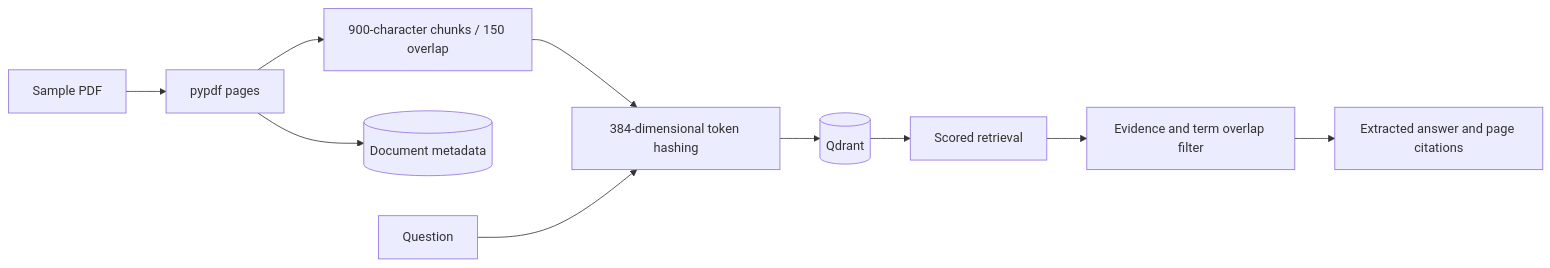
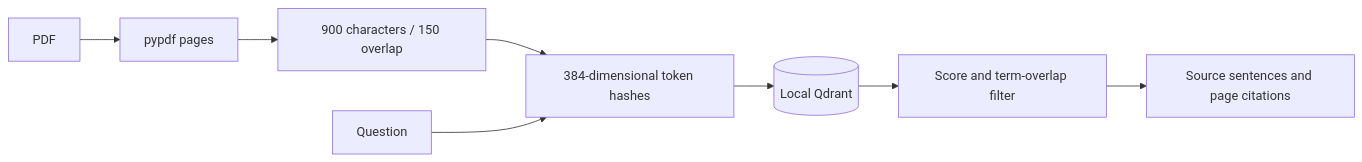
One commit to faizansahi/rag-document-assistant changed the diagram in README.md. Above: the diagram before and after it, drawn with Mermaid. The commit also changed other lines of this file and 15 other files, not shown here.

````diff
--- a/README.md
+++ b/README.md
@@ -32,12 +19,10 @@
-```mermaid
+~~~mermaid
 flowchart LR
-  PDF[Sample PDF] --> Parse[pypdf pages]
-  Parse --> Chunk[900-character chunks / 150 overlap]
-  Chunk --> Embed[384-dimensional token hashing]
-  Embed --> Q[(Qdrant)]
-  Parse --> SQL[(Document metadata)]
-  Ask[Question] --> Embed
-  Q --> Hits[Scored retrieval]
-  Hits --> Gate[Evidence and term overlap filter]
-  Gate --> Answer[Extracted answer and page citations]
-```
+  PDF --> Pages[pypdf pages]
+  Pages --> Chunks[900 characters / 150 overlap]
+  Chunks --> Vectors[384-dimensional token hashes]
+  Vectors --> Q[(Local Qdrant)]
+  Question --> Vectors
+  Q --> Filter[Score and term-overlap filter]
+  Filter --> Answer[Source sentences and page citations]
+~~~
````
